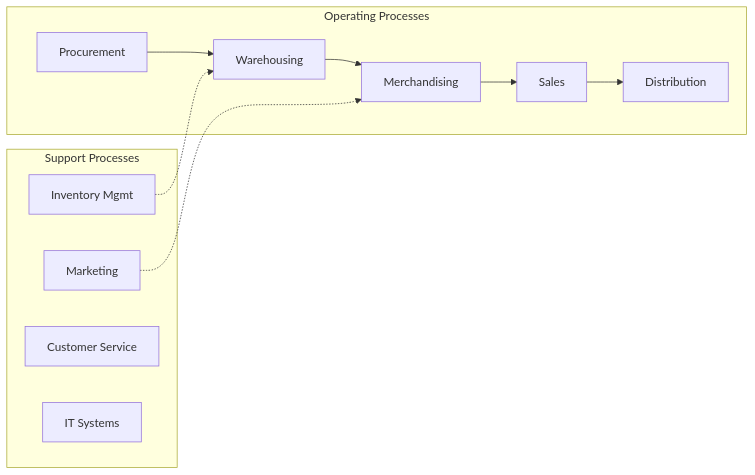
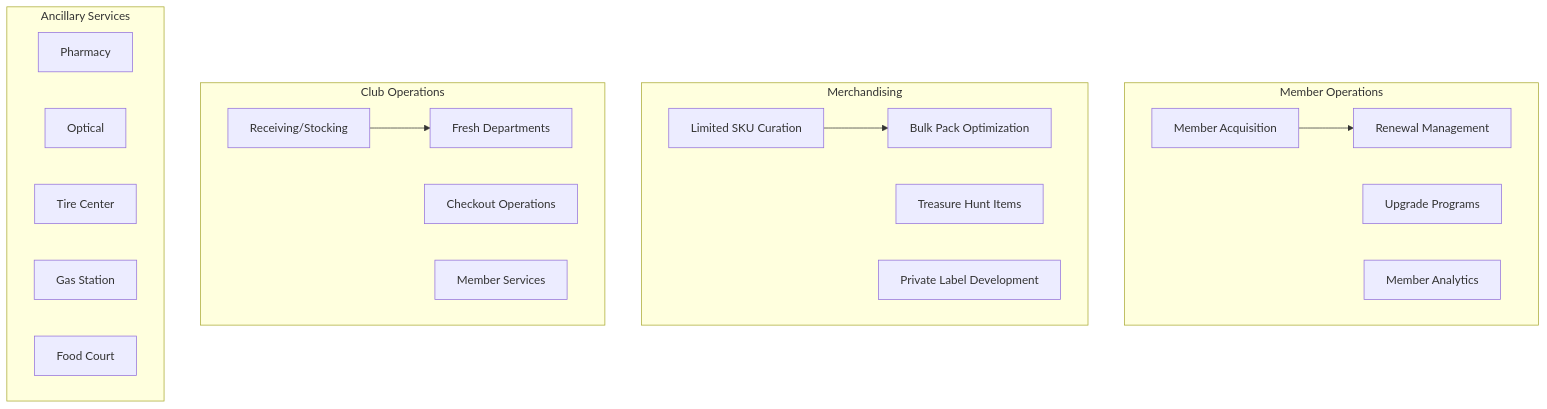
Before and after one commit to kziemski/business.org.ai: the third of 4 diagrams in industries/Retail/GeneralMerchandiseRetailers/WarehouseClubs.mdx, drawn with Mermaid. The commit also changed other lines of this file and 19 other files, not shown here.

First line of the commit message:
feat: enrich industry files and add sequence diagrams to processes

````diff
--- a/industries/Retail/GeneralMerchandiseRetailers/WarehouseClubs.mdx
+++ b/industries/Retail/GeneralMerchandiseRetailers/WarehouseClubs.mdx
@@ -47,24 +94,35 @@
 ```mermaid
-flowchart LR
-    subgraph Operating["Operating Processes"]
-        O1["Procurement"]
-        O2["Warehousing"]
-        O3["Merchandising"]
-        O4["Sales"]
-        O5["Distribution"]
+flowchart TB
+    subgraph Membership["Member Operations"]
+        M1["Member Acquisition"]
+        M2["Renewal Management"]
+        M3["Upgrade Programs"]
+        M4["Member Analytics"]
     end
 
-    subgraph Support["Support Processes"]
-        S1["Inventory Mgmt"]
-        S2["Marketing"]
-        S3["Customer Service"]
-        S4["IT Systems"]
+    subgraph Merchandising["Merchandising"]
+        ME1["Limited SKU Curation"]
+        ME2["Bulk Pack Optimization"]
+        ME3["Treasure Hunt Items"]
+        ME4["Private Label Development"]
     end
 
+    subgraph Operations["Club Operations"]
+        O1["Receiving/Stocking"]
+        O2["Fresh Departments"]
+        O3["Checkout Operations"]
+        O4["Member Services"]
+    end
+
+    subgraph Ancillary["Ancillary Services"]
+        A1["Pharmacy"]
+        A2["Optical"]
+        A3["Tire Center"]
+        A4["Gas Station"]
+        A5["Food Court"]
+    end
+
+    M1 --> M2
+    ME1 --> ME2
     O1 --> O2
-    O2 --> O3
-    O3 --> O4
-    O4 --> O5
-    S1 -.-> O2
-    S2 -.-> O3
 ```
````
